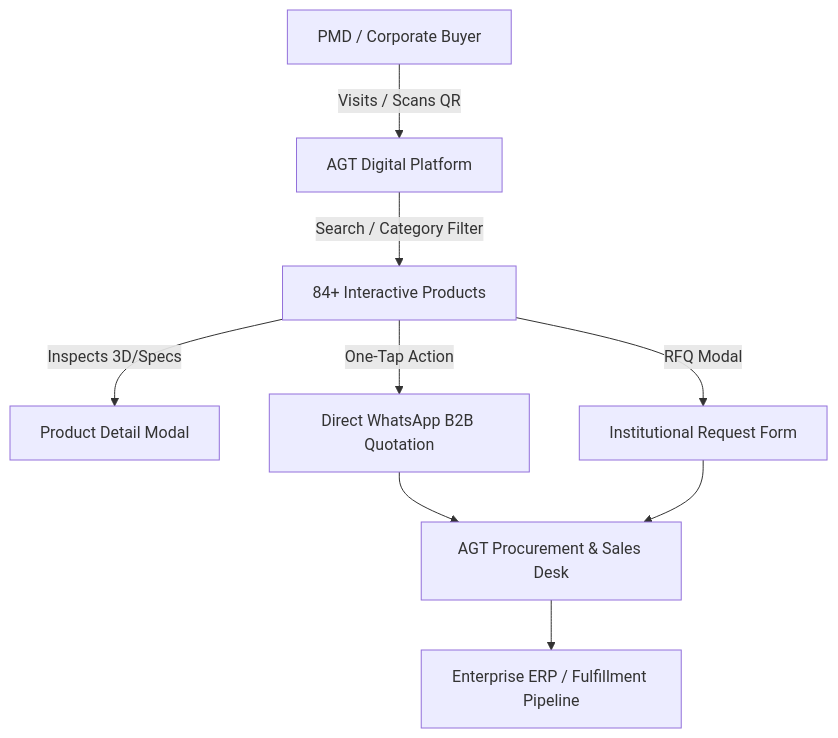
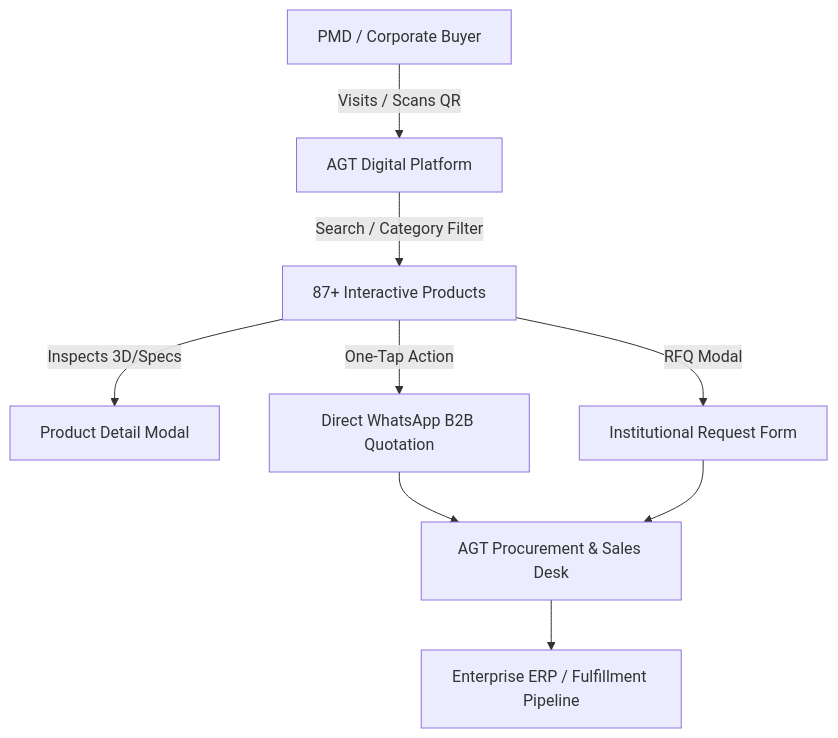
Before and after one commit to TalhaTamim45/agt-platform: the first of 2 diagrams in PROJECT.md, drawn with Mermaid. The commit also changed other lines of this file and 5 other files, not shown here.

````diff
--- a/PROJECT.md
+++ b/PROJECT.md
@@ -36,11 +36,11 @@
 ```mermaid
 graph TD
     Client[PMD / Corporate Buyer] -->|Visits / Scans QR| WebPlatform[AGT Digital Platform]
-    WebPlatform -->|Search / Category Filter| Catalog[84+ Interactive Products]
+    WebPlatform -->|Search / Category Filter| Catalog[87+ Interactive Products]
     Catalog -->|Inspects 3D/Specs| DetailModal[Product Detail Modal]
     Catalog -->|One-Tap Action| WhatsApp[Direct WhatsApp B2B Quotation]
     Catalog -->|RFQ Modal| QuoteRequest[Institutional Request Form]
     WhatsApp --> SalesTeam[AGT Procurement & Sales Desk]
     QuoteRequest --> SalesTeam
     SalesTeam --> ERP[Enterprise ERP / Fulfillment Pipeline]
 ```
````
